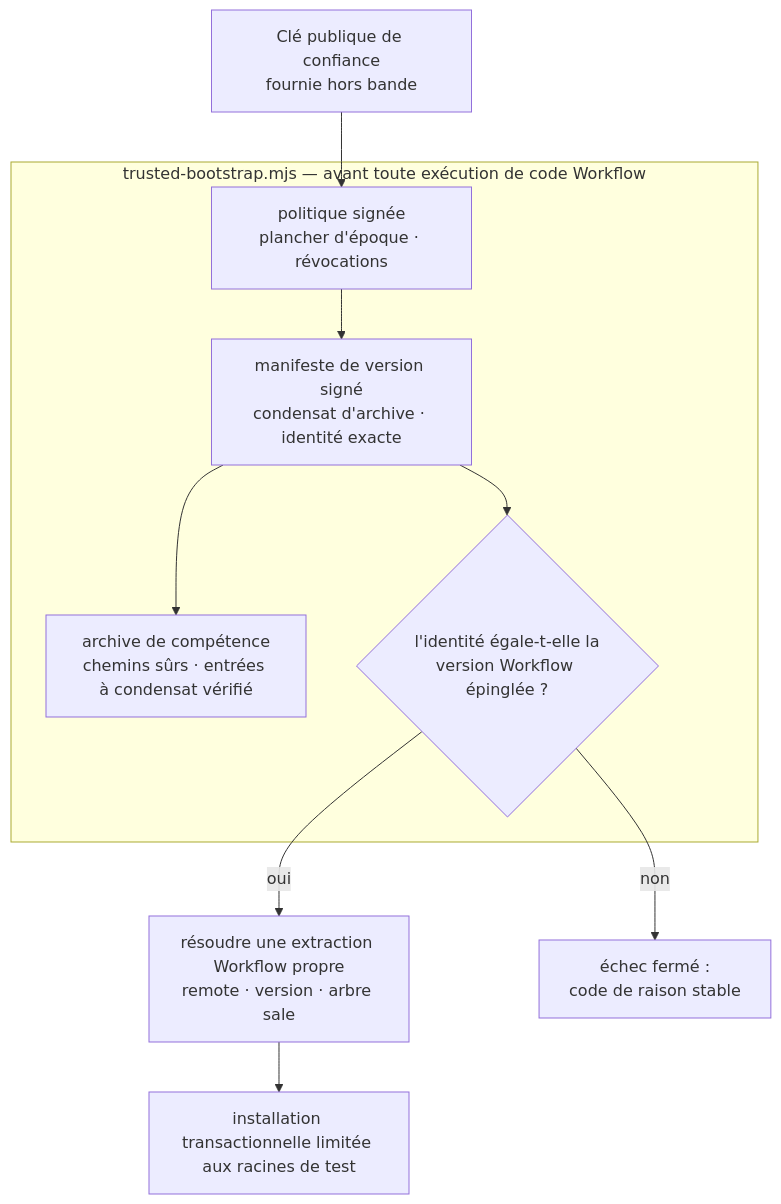
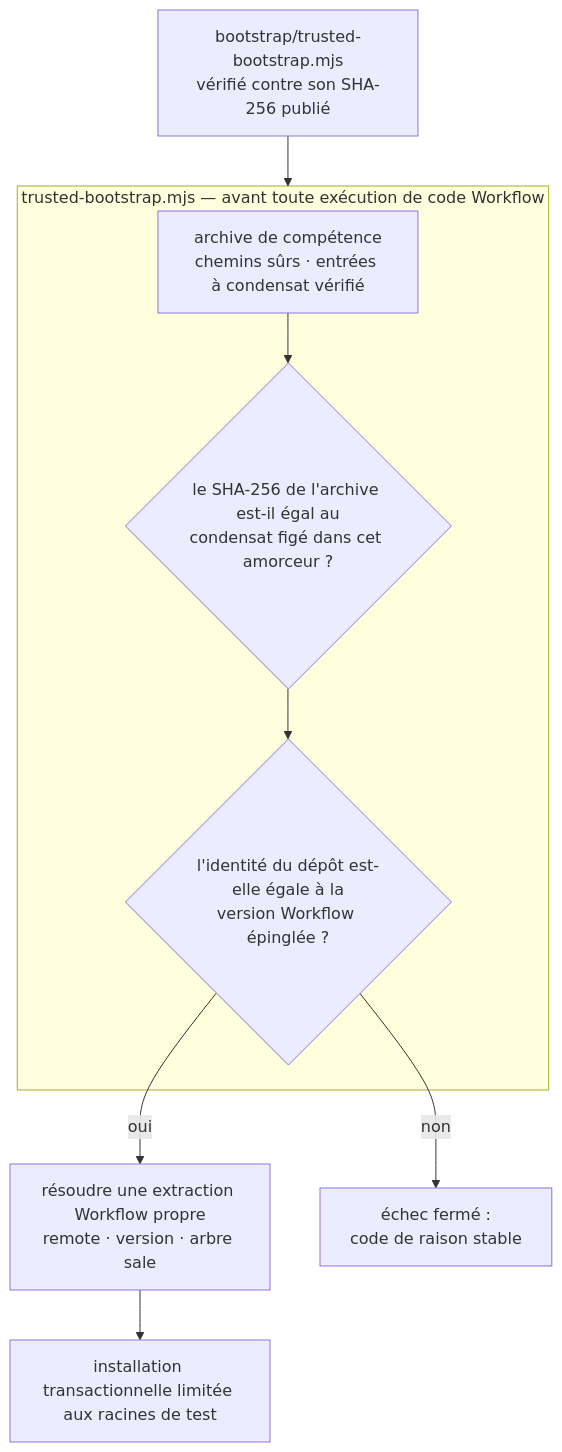
One commit to tpmoonchefryan/tcrn-workflow-helper changed the diagram in README.fr.md. Above: the diagram before and after it, drawn with Mermaid. The commit also changed other lines of this file and 23 other files, not shown here.

````diff
--- a/README.fr.md
+++ b/README.fr.md
@@ -66,12 +72,11 @@
 ```mermaid
 flowchart TD
-    K[Clé publique de confiance<br/>fournie hors bande] --> P
+    K[bootstrap/trusted-bootstrap.mjs<br/>vérifié contre son SHA-256 publié] --> Verify
     subgraph Verify["trusted-bootstrap.mjs — avant toute exécution de code Workflow"]
-        P[politique signée<br/>plancher d'époque · révocations] --> M[manifeste de version signé<br/>condensat d'archive · identité exacte]
-        M --> A[archive de compétence<br/>chemins sûrs · entrées à condensat vérifié]
-        M --> ID{l'identité égale-t-elle la<br/>version Workflow épinglée ?}
+        A[archive de compétence<br/>chemins sûrs · entrées à condensat vérifié] --> D{le SHA-256 de l'archive est-il égal au<br/>condensat figé dans cet amorceur ?}
+        D --> ID{l'identité du dépôt est-elle égale à la<br/>version Workflow épinglée ?}
     end
     ID -->|oui| R[résoudre une extraction Workflow propre<br/>remote · version · arbre sale]
     ID -->|non| F[échec fermé :<br/>code de raison stable]
     R --> T[installation transactionnelle limitée aux racines de test]
 ```
````
